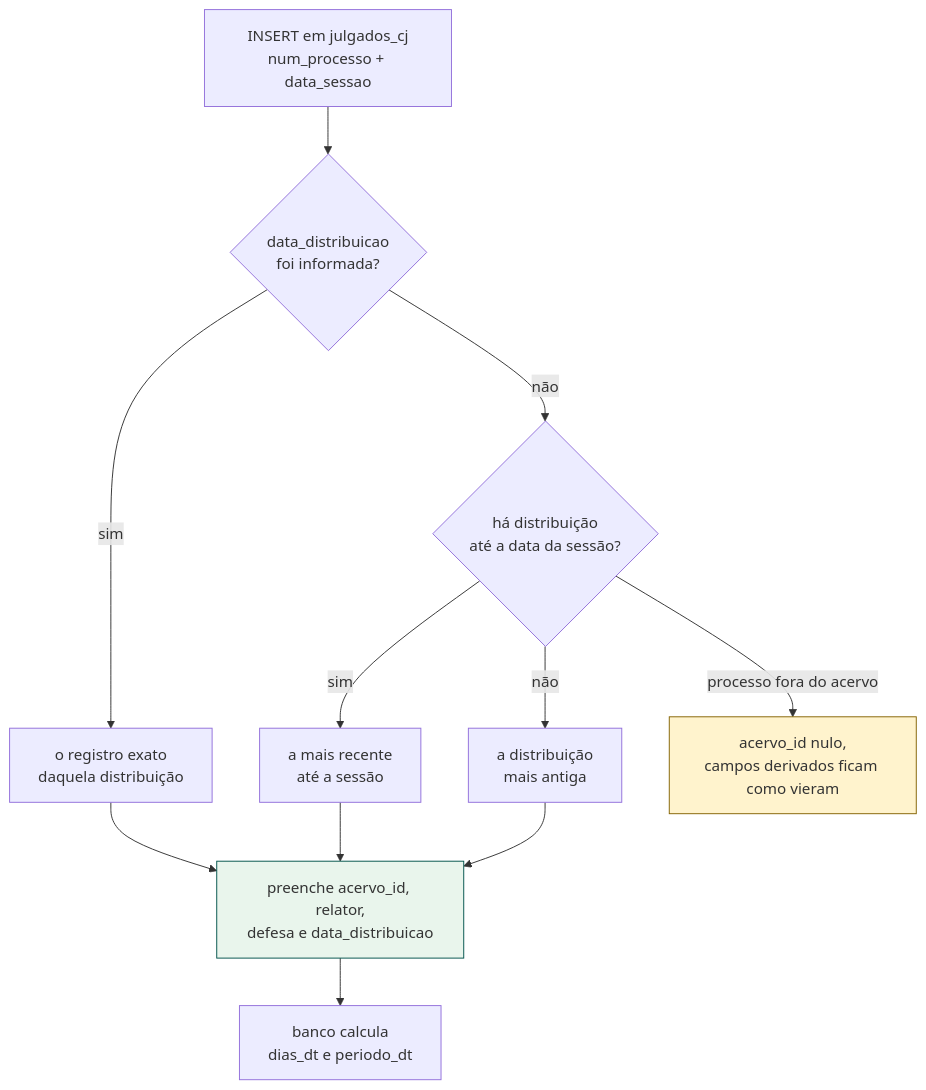
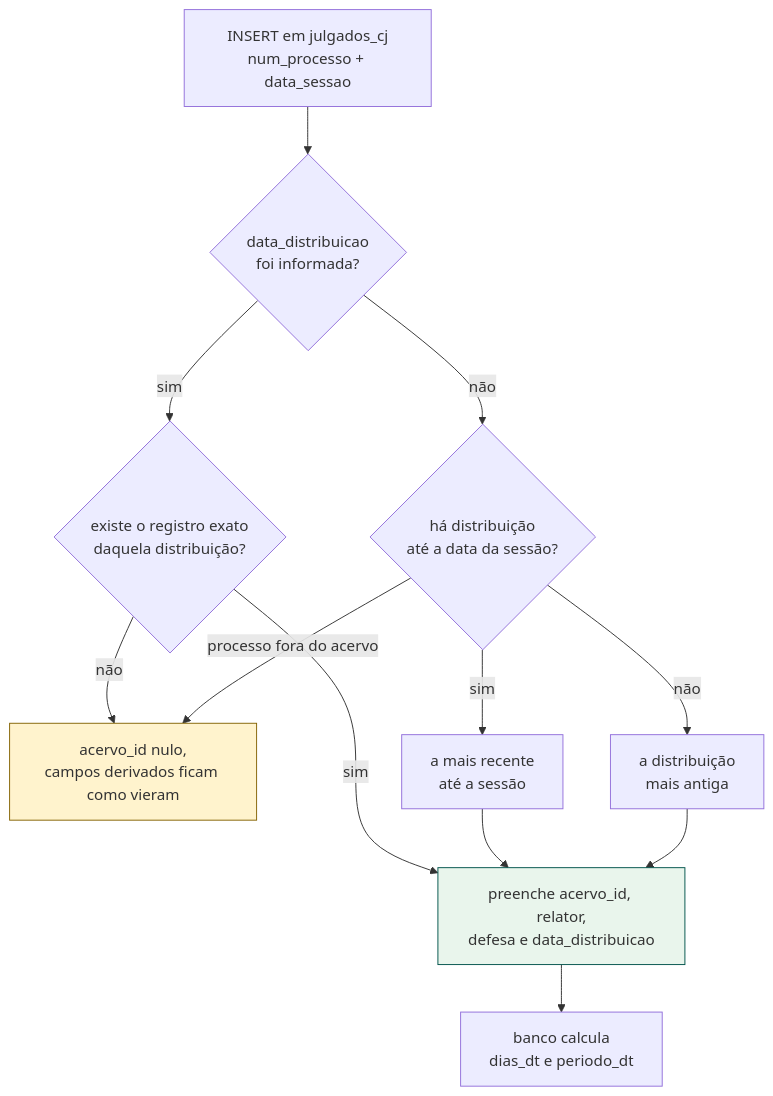
Before and after one commit to thelustosa/sorteio-sei: the third of 5 diagrams in FLUXO-CJ.md, drawn with Mermaid. The commit also changed other lines of this file and 27 other files, not shown here.

````diff
--- a/FLUXO-CJ.md
+++ b/FLUXO-CJ.md
@@ -239,16 +245,18 @@
 ```mermaid
 flowchart TD
     A["INSERT em julgados_cj<br/>num_processo + data_sessao"] --> B{"data_distribuicao<br/>foi informada?"}
-    B -->|sim| C["o registro exato<br/>daquela distribuição"]
+    B -->|sim| C{"existe o registro exato<br/>daquela distribuição?"}
+    C -->|sim| G
+    C -->|não| I
     B -->|não| D{"há distribuição<br/>até a data da sessão?"}
     D -->|sim| E["a mais recente<br/>até a sessão"]
     D -->|não| F["a distribuição<br/>mais antiga"]
-    C --> G["preenche acervo_id, relator,<br/>defesa e data_distribuicao"]
+    G["preenche acervo_id, relator,<br/>defesa e data_distribuicao"]
     E --> G
     F --> G
     G --> H["banco calcula<br/>dias_dt e periodo_dt"]
     D -->|"processo fora do acervo"| I["acervo_id nulo,<br/>campos derivados ficam como vieram"]
 
     style G fill:#E9F5EC,stroke:#00534b
     style I fill:#fff3cd,stroke:#856404
 ```
````
